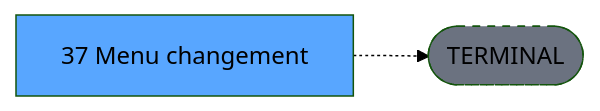
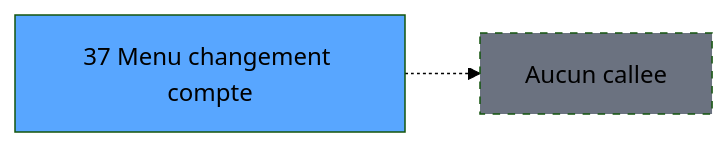
Before and after one commit to thonyAGP/lecteur-magic: the third of 3 diagrams in .openspec/specs/ADH-IDE-37.md, drawn with Mermaid (forest theme). The commit also changed other lines of this file and 96 other files, not shown here.

````diff
--- a/.openspec/specs/ADH-IDE-37.md
+++ b/.openspec/specs/ADH-IDE-37.md
@@ -134,8 +207,8 @@
 ```mermaid
 graph LR
-    T[37 Menu changement]
-    TERM([TERMINAL])
-    T -.-> TERM
-    style TERM fill:#6b7280,stroke-dasharray: 5 5
-    style T fill:#58a6ff,color:#000
+    T37[37 Menu changement compte]
+    style T37 fill:#58a6ff
+    NONE[Aucun callee]
+    T37 -.-> NONE
+    style NONE fill:#6b7280,stroke-dasharray: 5 5
 ```
````
